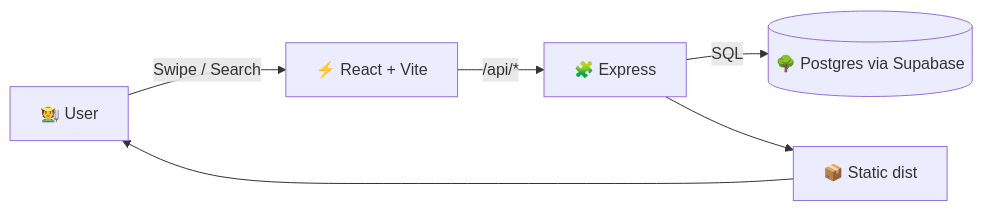
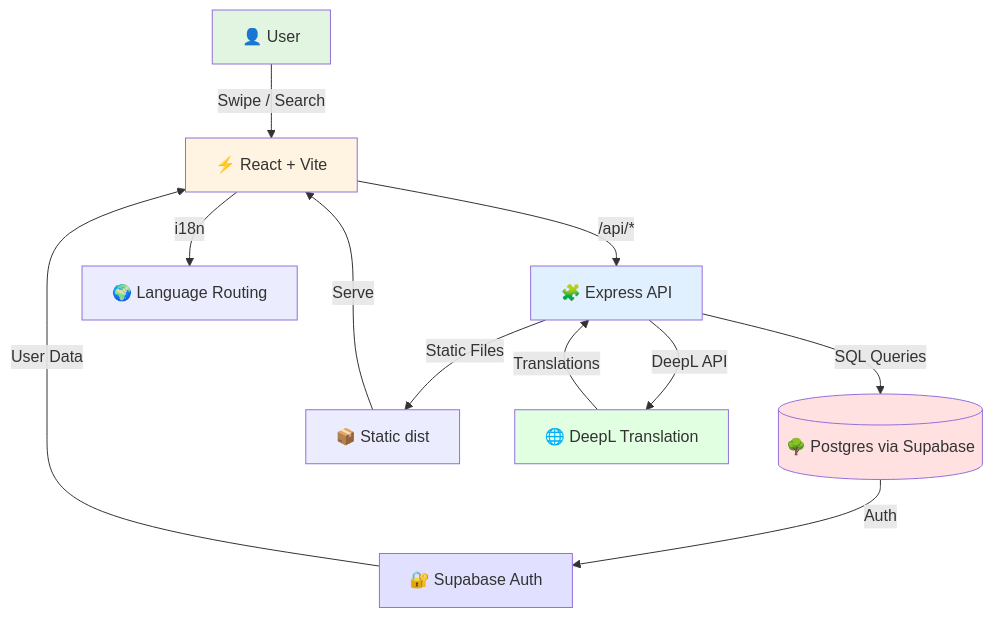
Before and after one commit to Duckxel/PlantSwipe: the diagram in README.md, drawn with Mermaid. The commit also changed other lines of this file and 1 other file, not shown here.

````diff
--- a/README.md
+++ b/README.md
@@ -35,8 +128,20 @@
 ```mermaid
-flowchart LR
-  User[🧑‍🌾 User] -->|Swipe / Search| Web[⚡ React + Vite]
-  Web -->|/api/*| API[🧩 Express]
-  API -->|SQL| DB[(🌳 Postgres via Supabase)]
-  API --> Static[📦 Static dist]
-  Static --> User
+flowchart TB
+    User[👤 User] -->|Swipe / Search| Web[⚡ React + Vite]
+    Web -->|/api/*| API[🧩 Express API]
+    API -->|SQL Queries| DB[(🌳 Postgres via Supabase)]
+    API -->|Static Files| Static[📦 Static dist]
+    Static -->|Serve| Web
+    DB -->|Auth| Auth[🔐 Supabase Auth]
+    Auth -->|User Data| Web
+    API -->|DeepL API| DeepL[🌐 DeepL Translation]
+    DeepL -->|Translations| API
+    Web -->|i18n| Lang[🌍 Language Routing]
+    
+    style User fill:#e1f5e1
+    style Web fill:#fff4e1
+    style API fill:#e1f0ff
+    style DB fill:#ffe1e1
+    style Auth fill:#e1e1ff
+    style DeepL fill:#e1ffe1
 ```
````
